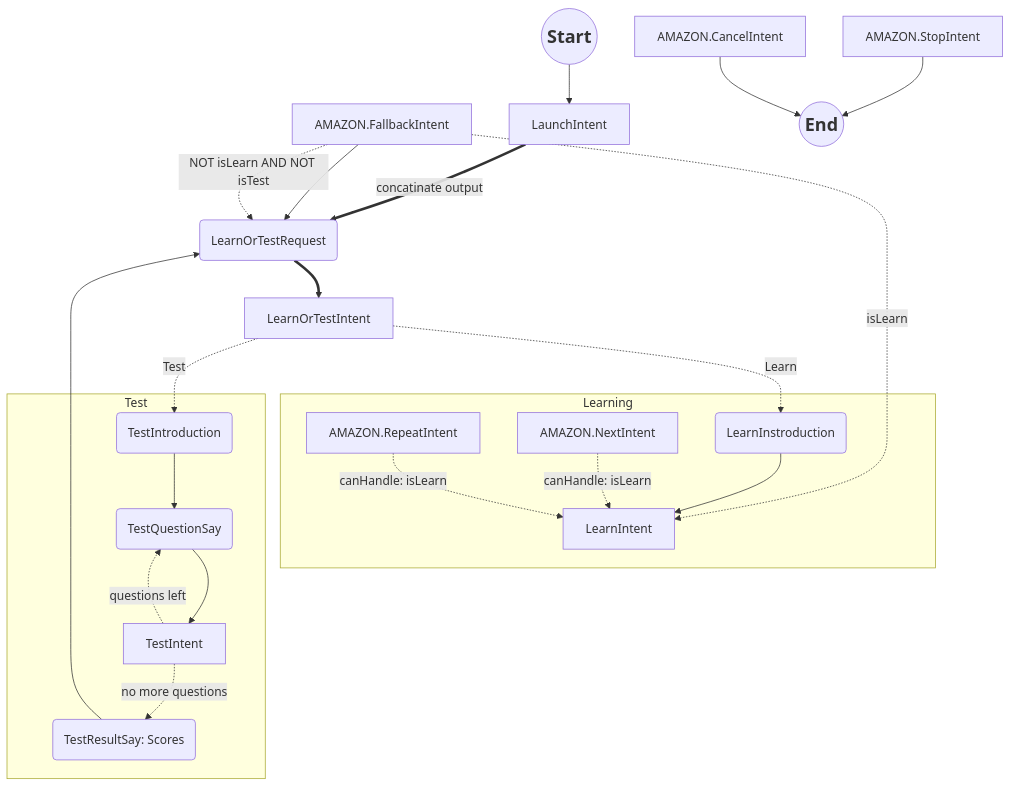
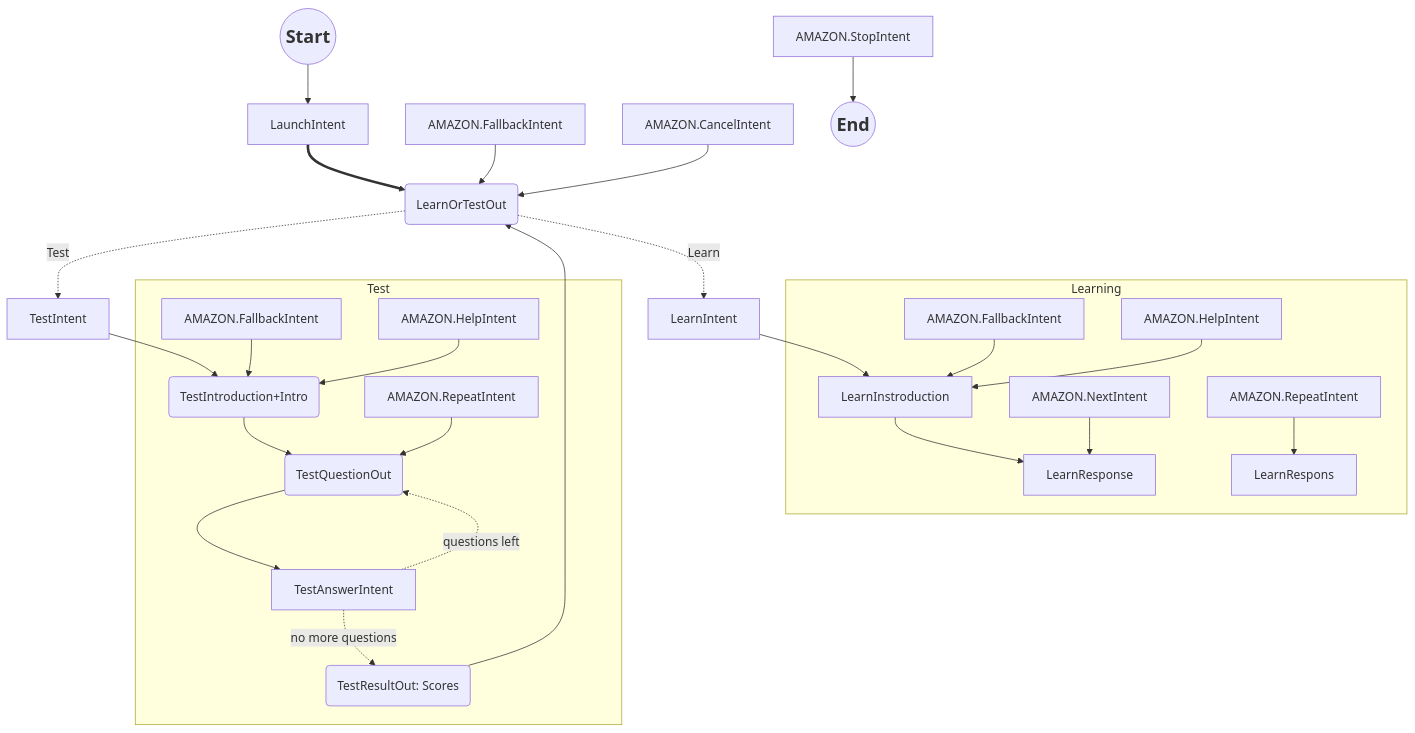
One commit to orcberry/biate changed the diagram in README.md. Above: the diagram before and after it, drawn with Mermaid. The commit also changed other lines of this file, not shown here.

Commit message:
Update state diagramm

````diff
--- a/README.md
+++ b/README.md
@@ -24,30 +24,34 @@
 ```mermaid
 graph TD
 START(("<h2>Start</h2>")) --> LaunchIntent
-LaunchIntent == concatinate output ==> LearnOrTestRequest(LearnOrTestRequest)
-LearnOrTestRequest ==> LearnOrTestIntent
-LearnOrTestIntent -. Learn .-> LearnInstroduction(LearnInstroduction)
-LearnOrTestIntent -. Test .-> TestIntroduction
+LaunchIntent ==> LearnOrTestOut
+LearnOrTestOut(LearnOrTestOut) -. Learn .-> LearnIntent
+LearnIntent --> LearnInstroduction
+LearnOrTestOut -. Test .-> TestIntent
+TestIntent --> TestIntroduction
 
-AMAZON.FallbackIntent --> LearnOrTestRequest
+AMAZON.FallbackIntent --> LearnOrTestOut
+AMAZON.CancelIntent --> LearnOrTestOut
 AMAZON.StopIntent --> END(("<h2>End</h2>"))
-AMAZON.CancelIntent --> END
-AMAZON.FallbackIntent -.NOT isLearn AND NOT isTest.-> LearnOrTestRequest
-AMAZON.FallbackIntent -.isLearn.-> LearnIntent
 
 subgraph Learning
-  LearnInstroduction --> LearnIntent
-  AMAZON.NextIntent -.canHandle: isLearn.-> LearnIntent
-  AMAZON.RepeatIntent -.canHandle: isLearn.-> LearnIntent
+  LearnInstroduction --> LearnResponse
+  AMAZON.NextIntent --> LearnResponse
+  AMAZON.RepeatIntent --> LearnRespons
+  learnFallback[AMAZON.FallbackIntent] --> LearnInstroduction
+  learnHelp[AMAZON.HelpIntent] --> LearnInstroduction
 end
 
 subgraph Test
-  TestIntroduction(TestIntroduction) --> TestQuestionSay(TestQuestionSay)
-  TestQuestionSay --> TestIntent
-  TestIntent -. questions left .-> TestQuestionSay
-  TestIntent -. no more questions .-> TestResultSay("TestResultSay: Scores")
+  TestIntroduction(TestIntroduction+Intro) --> TestQuestionOut(TestQuestionOut)
+  TestQuestionOut --> TestAnswerIntent
+  TestAnswerIntent -. questions left .-> TestQuestionOut
+  testRepeat[AMAZON.RepeatIntent] --> TestQuestionOut
+  testFallback[AMAZON.FallbackIntent] --> TestIntroduction
+  testHelp[AMAZON.HelpIntent] --> TestIntroduction
+  TestAnswerIntent -. no more questions .-> TestResultOut("TestResultOut: Scores")
 end
 
-TestResultSay --> LearnOrTestRequest
+TestResultOut --> LearnOrTestOut
 
 ```
````
